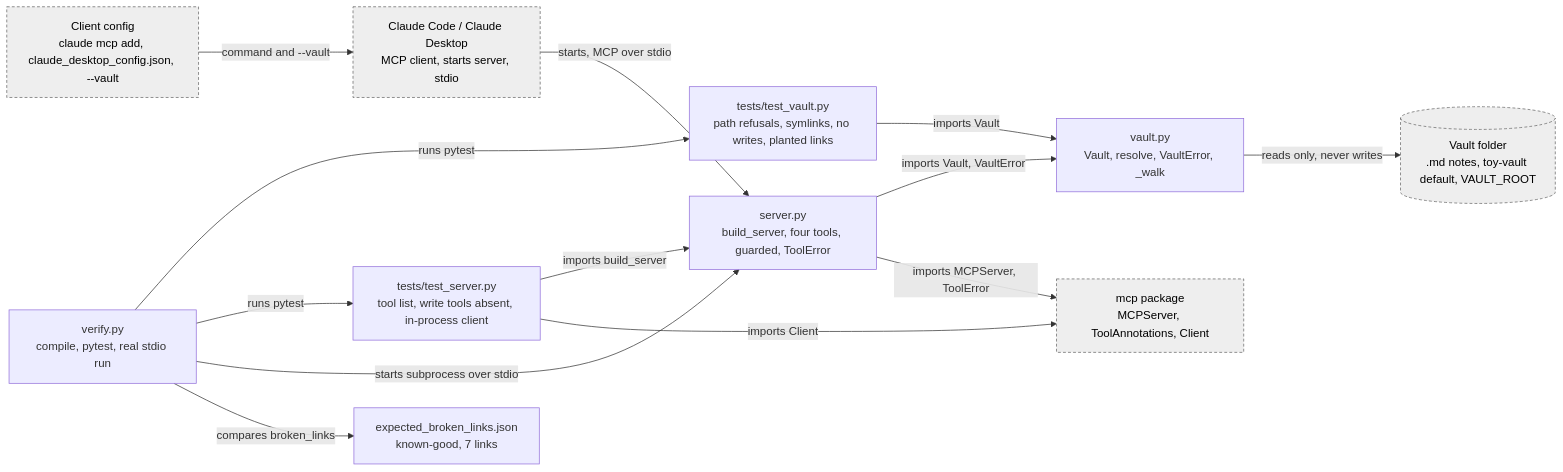
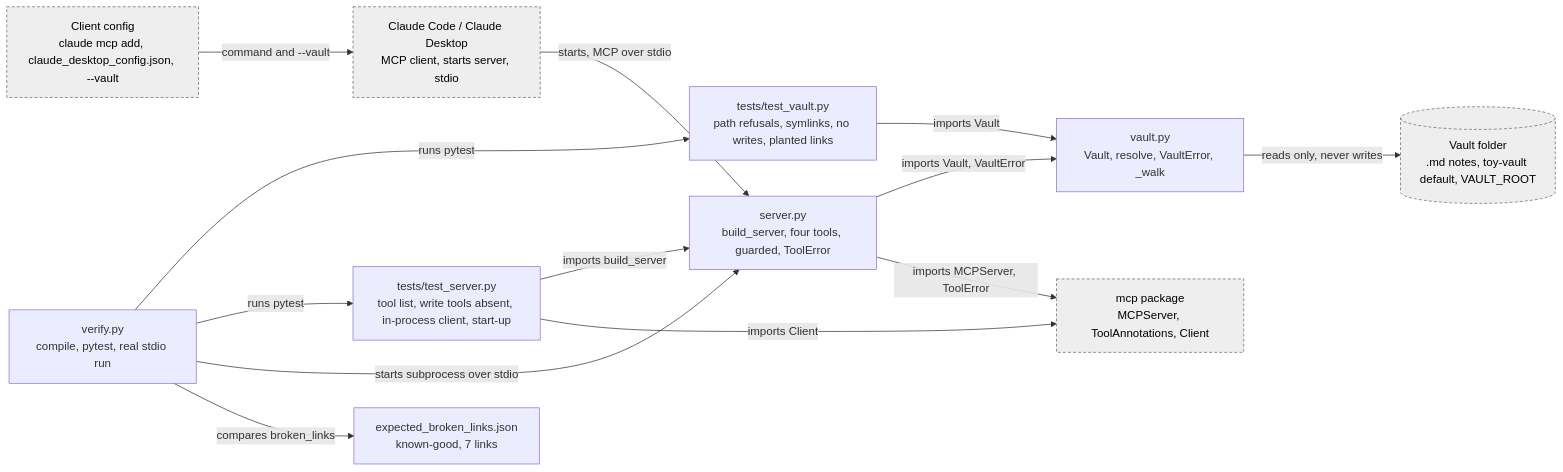
The first of 2 diagrams in docs/architecture.md (batutho-dot/vault-mcp), drawn with Mermaid before and after one commit. The commit also changed other lines of this file and 10 other files, not shown here.

````diff
--- a/docs/architecture.md
+++ b/docs/architecture.md
@@ -12,29 +12,29 @@
 ```mermaid
 flowchart LR
     config["Client config<br/>claude mcp add, claude_desktop_config.json, --vault"]
     client["Claude Code / Claude Desktop<br/>MCP client, starts server, stdio"]
     server["server.py<br/>build_server, four tools, guarded, ToolError"]
     vault["vault.py<br/>Vault, resolve, VaultError, _walk"]
     folder[("Vault folder<br/>.md notes, toy-vault default, VAULT_ROOT")]
     mcp["mcp package<br/>MCPServer, ToolAnnotations, Client"]
     tv["tests/test_vault.py<br/>path refusals, symlinks, no writes, planted links"]
-    ts["tests/test_server.py<br/>tool list, write tools absent, in-process client"]
+    ts["tests/test_server.py<br/>tool list, write tools absent, in-process client, start-up"]
     ver["verify.py<br/>compile, pytest, real stdio run"]
     exp["expected_broken_links.json<br/>known-good, 7 links"]
 
     config -->|"command and --vault"| client
     client -->|"starts, MCP over stdio"| server
     server -->|"imports Vault, VaultError"| vault
     server -->|"imports MCPServer, ToolError"| mcp
     vault -->|"reads only, never writes"| folder
     tv -->|"imports Vault"| vault
     ts -->|"imports build_server"| server
     ts -->|"imports Client"| mcp
     ver -->|"runs pytest"| tv
     ver -->|"runs pytest"| ts
     ver -->|"starts subprocess over stdio"| server
     ver -->|"compares broken_links"| exp
 
     classDef outside fill:#eee,stroke:#666,stroke-dasharray: 4 3,color:#000
     class config,client,folder,mcp outside
 ```
````
